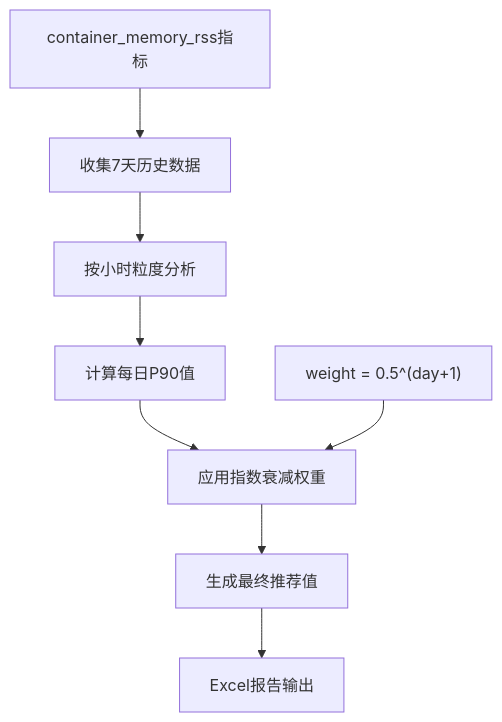
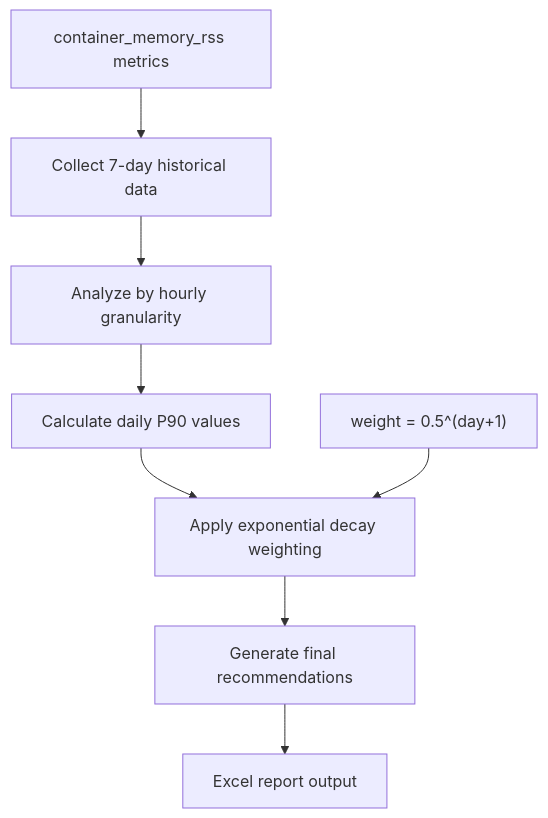
Before and after one commit to jvbartko/kubernetes-resources-recommend: the diagram in readme.md, drawn with Mermaid. The commit also changed other lines of this file and 2 other files, not shown here.

````diff
--- a/readme.md
+++ b/readme.md
@@ -111,11 +118,11 @@
 ```mermaid
 graph TD
-    A["收集7天历史数据"] --> B["按小时粒度分析"]
-    B --> C["计算每日P90值"]
-    C --> D["应用指数衰减权重"]
-    D --> E["生成最终推荐值"]
+    A["Collect 7-day historical data"] --> B["Analyze by hourly granularity"]
+    B --> C["Calculate daily P90 values"]
+    C --> D["Apply exponential decay weighting"]
+    D --> E["Generate final recommendations"]
     
-    F["container_memory_rss指标"] --> A
+    F["container_memory_rss metrics"] --> A
     G["weight = 0.5^(day+1)"] --> D
-    E --> H["Excel报告输出"]
+    E --> H["Excel report output"]
 ```
````
